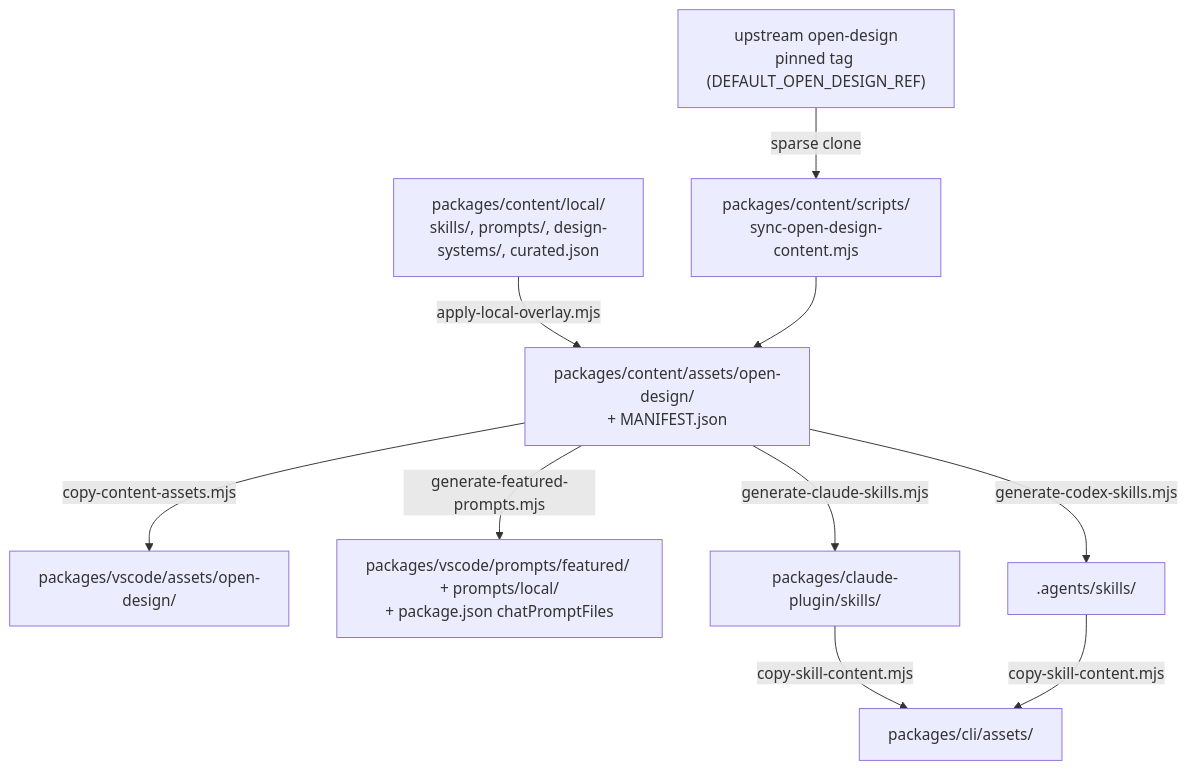
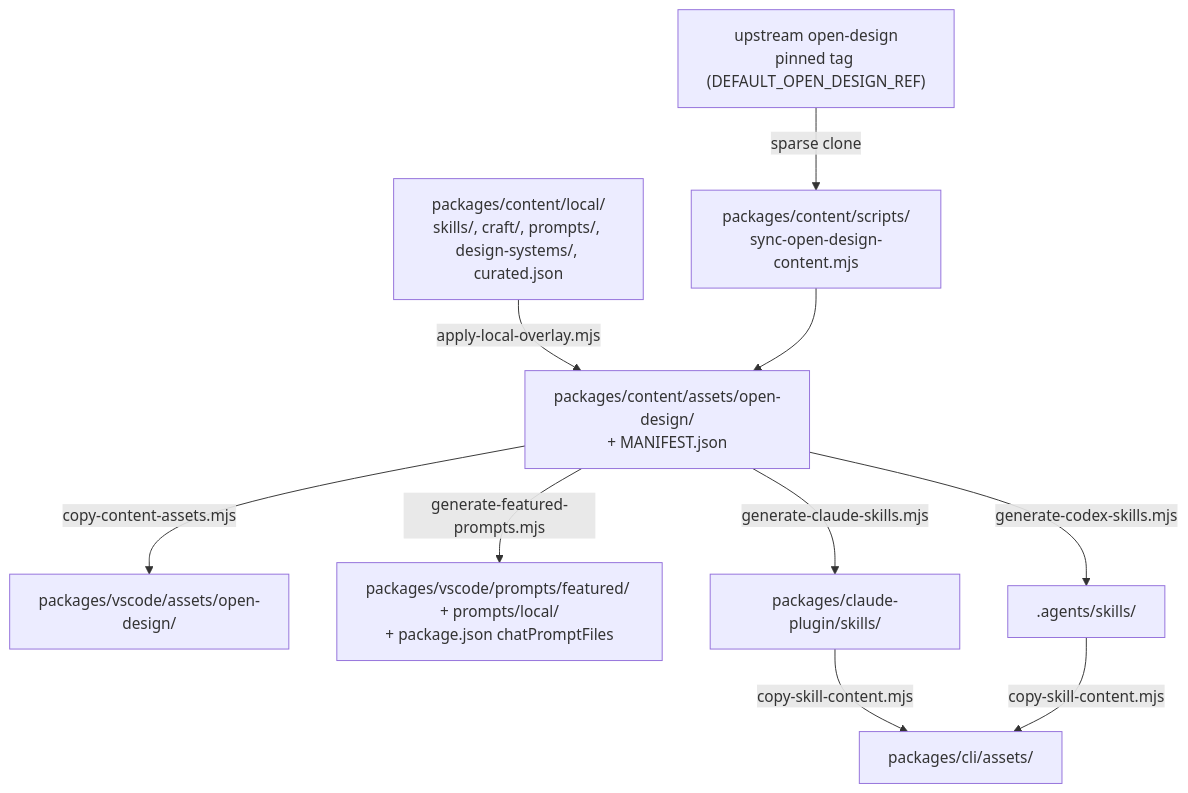
Before and after one commit to SergeiErmolaev/open-design-agent-kit: the diagram in docs/contributing/content-sync.md, drawn with Mermaid. The commit also changed other lines of this file and 29 other files, not shown here.

````diff
--- a/docs/contributing/content-sync.md
+++ b/docs/contributing/content-sync.md
@@ -7,12 +7,12 @@
 ```mermaid
 flowchart TD
   up["upstream open-design<br/>pinned tag (DEFAULT_OPEN_DESIGN_REF)"] -->|"sparse clone"| sync["packages/content/scripts/<br/>sync-open-design-content.mjs"]
-  local["packages/content/local/<br/>skills/, prompts/, design-systems/, curated.json"] -->|"apply-local-overlay.mjs"| assets
+  local["packages/content/local/<br/>skills/, craft/, prompts/, design-systems/, curated.json"] -->|"apply-local-overlay.mjs"| assets
   sync --> assets["packages/content/assets/open-design/<br/>+ MANIFEST.json"]
   assets -->|"copy-content-assets.mjs"| vsassets["packages/vscode/assets/open-design/"]
   assets -->|"generate-featured-prompts.mjs"| vsprompts["packages/vscode/prompts/featured/ + prompts/local/<br/>+ package.json chatPromptFiles"]
   assets -->|"generate-claude-skills.mjs"| cskills["packages/claude-plugin/skills/"]
   assets -->|"generate-codex-skills.mjs"| xskills[".agents/skills/"]
   cskills -->|"copy-skill-content.mjs"| cliassets["packages/cli/assets/"]
   xskills -->|"copy-skill-content.mjs"| cliassets
 ```
````
